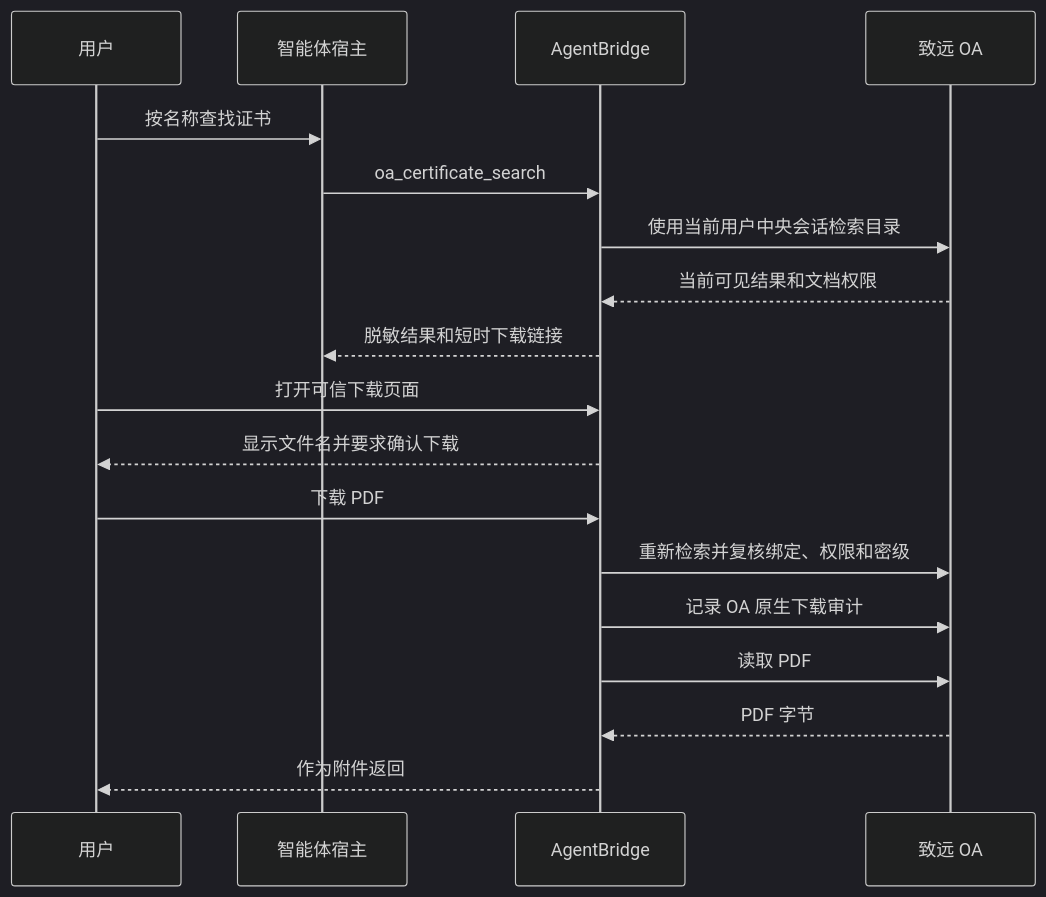
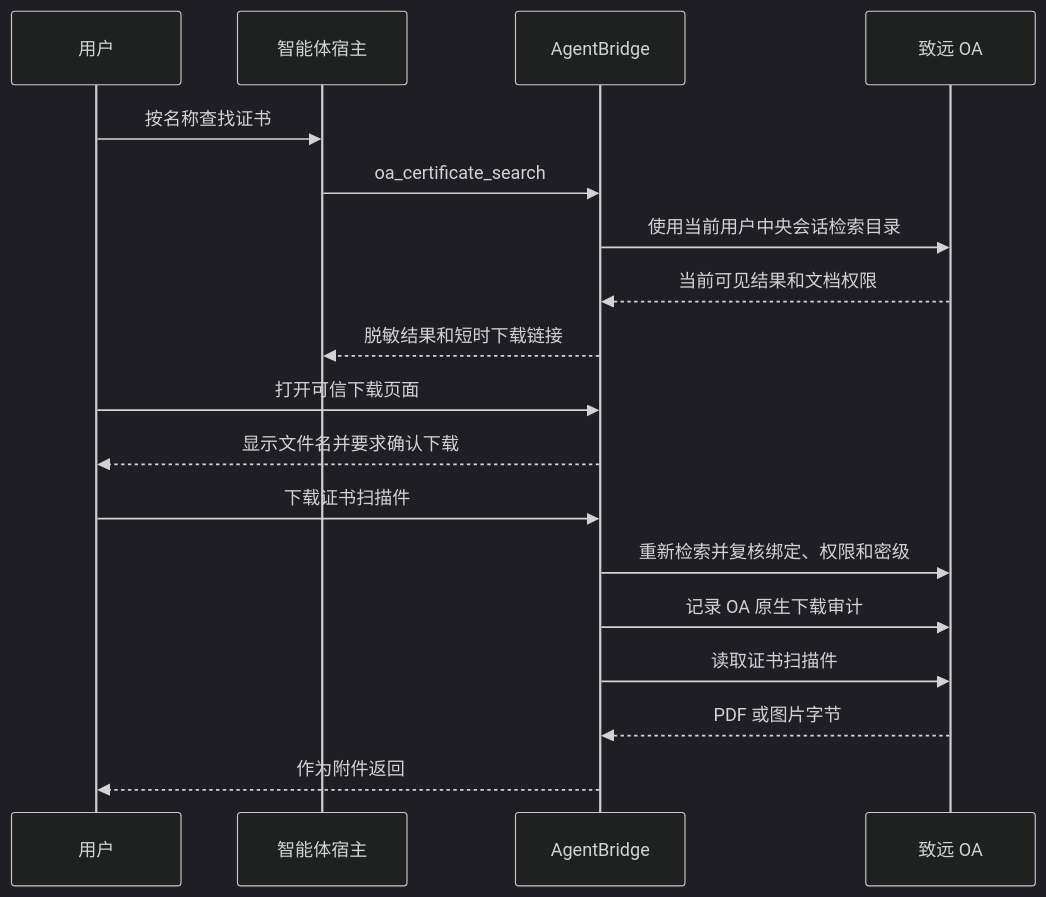
One commit to guomxin/cli-helper changed the diagram in docs/oa-certificate-document-download.md. Above: the diagram before and after it, drawn with Mermaid (dark theme). The commit also changed other lines of this file and 7 other files, not shown here.

````diff
--- a/docs/oa-certificate-document-download.md
+++ b/docs/oa-certificate-document-download.md
@@ -77,21 +77,21 @@
 ```mermaid
 sequenceDiagram
     participant U as 用户
     participant A as 智能体宿主
     participant B as AgentBridge
     participant O as 致远 OA
 
     U->>A: 按名称查找证书
     A->>B: oa_certificate_search
     B->>O: 使用当前用户中央会话检索目录
     O-->>B: 当前可见结果和文档权限
     B-->>A: 脱敏结果和短时下载链接
     U->>B: 打开可信下载页面
     B-->>U: 显示文件名并要求确认下载
-    U->>B: 下载 PDF
+    U->>B: 下载证书扫描件
     B->>O: 重新检索并复核绑定、权限和密级
     B->>O: 记录 OA 原生下载审计
-    B->>O: 读取 PDF
-    O-->>B: PDF 字节
+    B->>O: 读取证书扫描件
+    O-->>B: PDF 或图片字节
     B-->>U: 作为附件返回
 ```
````
